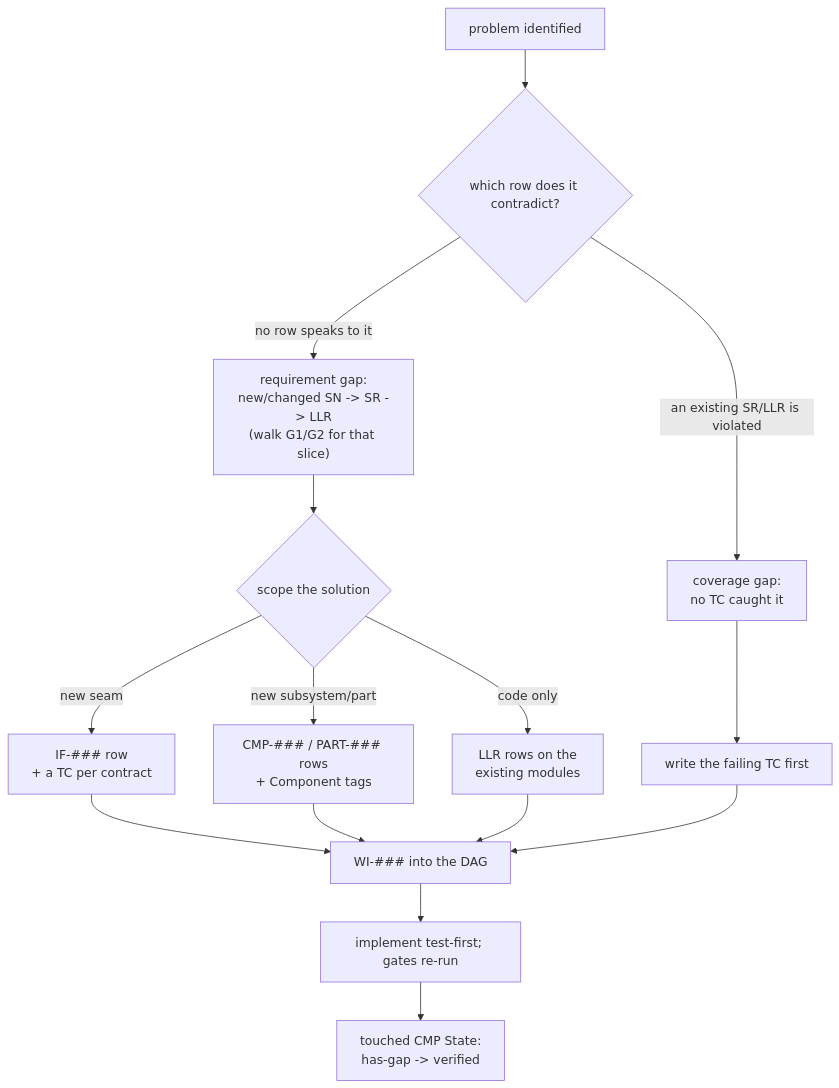
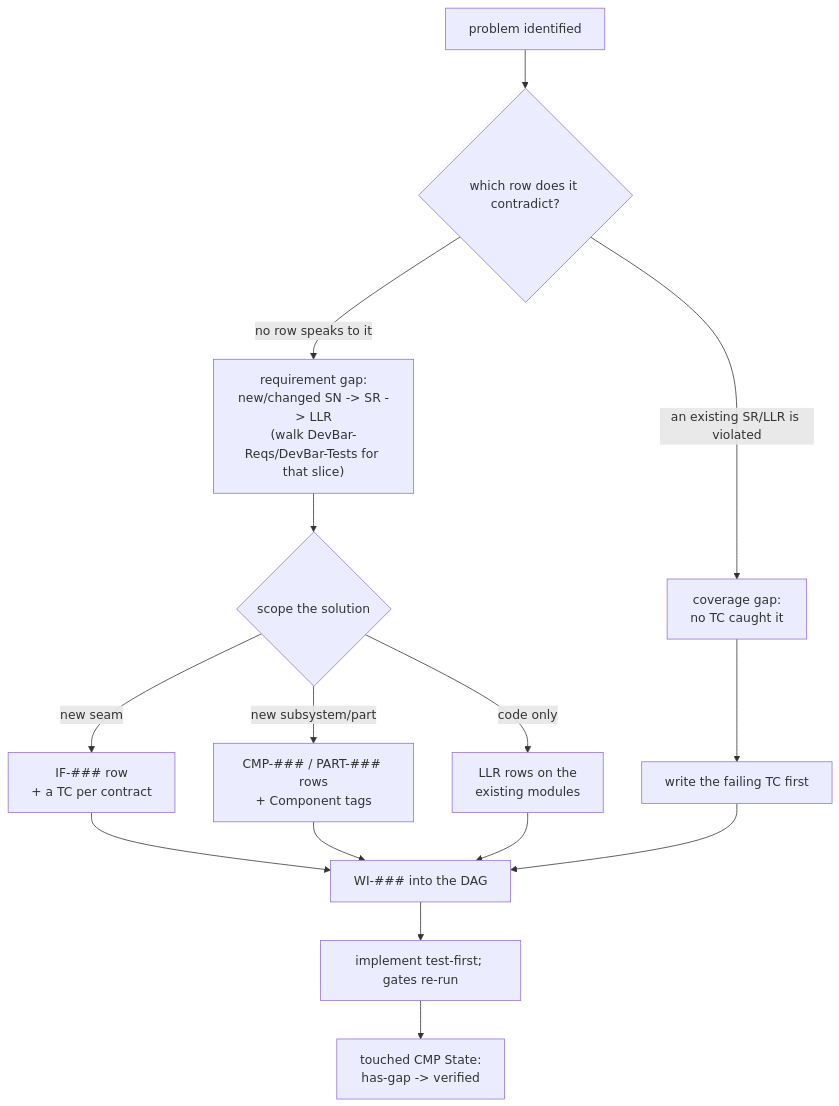
One commit to diytechy/ai-template changed the diagram in project-trajectory/PROCESS.md. Above: the diagram before and after it, drawn with Mermaid. The commit also changed other lines of this file and 182 other files, not shown here.

````diff
--- a/project-trajectory/PROCESS.md
+++ b/project-trajectory/PROCESS.md
@@ -635,17 +694,17 @@
 ```mermaid
 flowchart TD
   P["problem identified"] --> C{"which row does it contradict?"}
   C -->|"an existing SR/LLR is violated"| TG["coverage gap:\nno TC caught it"]
-  C -->|"no row speaks to it"| RG["requirement gap:\nnew/changed SN -> SR -> LLR\n(walk G1/G2 for that slice)"]
+  C -->|"no row speaks to it"| RG["requirement gap:\nnew/changed SN -> SR -> LLR\n(walk DevBar-Reqs/DevBar-Tests for that slice)"]
   TG --> T1["write the failing TC first"]
   RG --> S{"scope the solution"}
   S -->|"new seam"| I2["IF-### row\n+ a TC per contract"]
   S -->|"new subsystem/part"| C2["CMP-### / PART-### rows\n+ Component tags"]
   S -->|"code only"| L2["LLR rows on the\nexisting modules"]
   I2 --> W["WI-### into the DAG"]
   C2 --> W
   L2 --> W
   T1 --> W
   W --> G["implement test-first; gates re-run"]
   G --> V["touched CMP State:\nhas-gap -> verified"]
 ```
````
